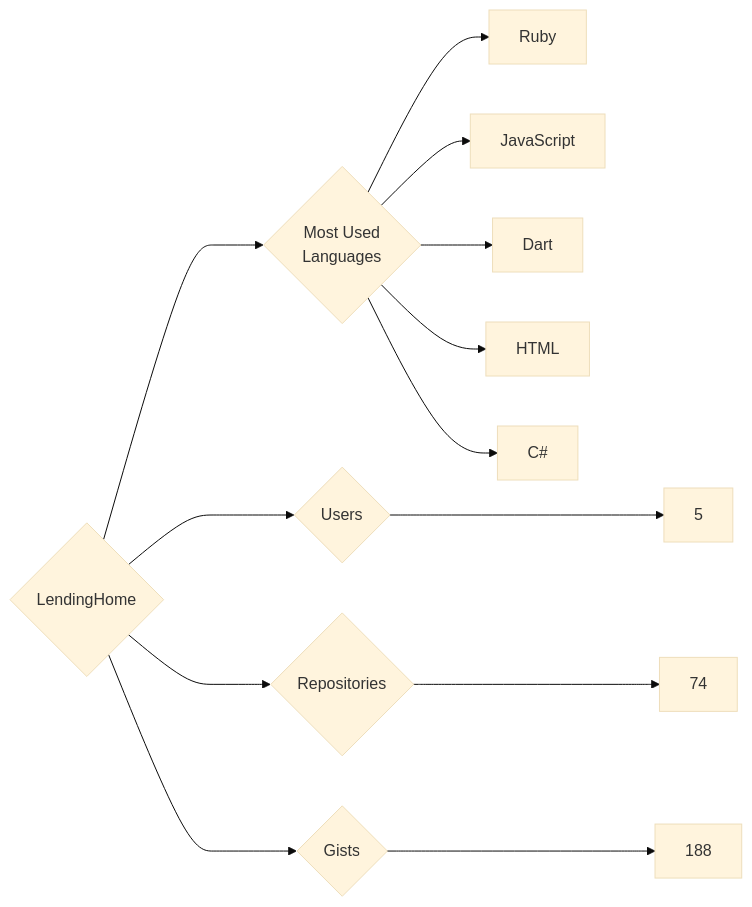
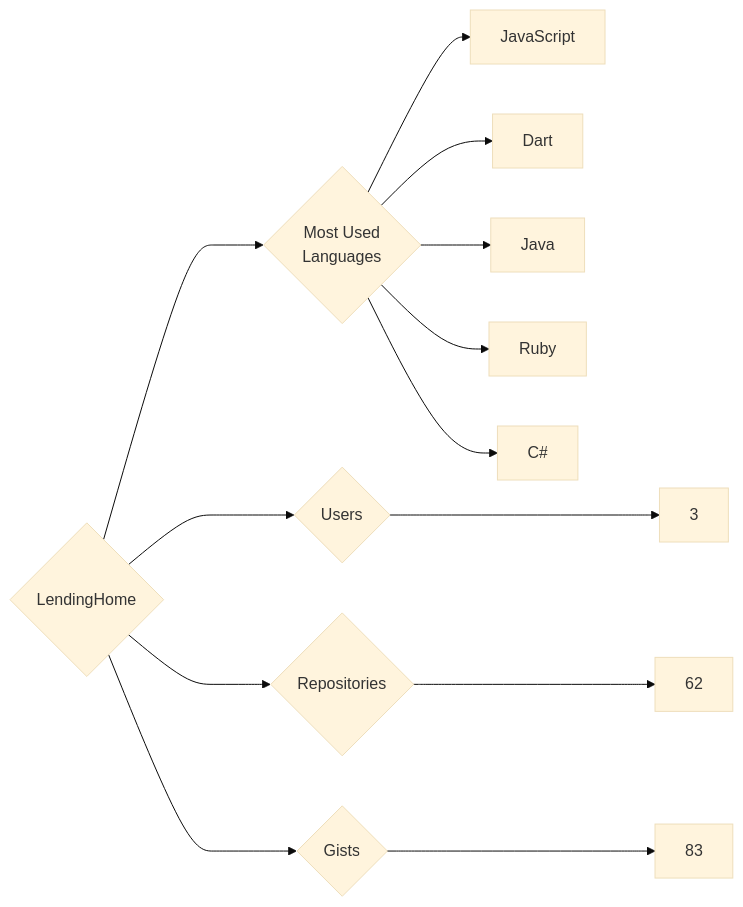
One commit to trickest/insiders changed the diagram in targets/LendingHome/README.md. Above: the diagram before and after it, drawn with Mermaid (base theme). The commit also changed 823 other files, not shown here.

````diff
--- a/targets/LendingHome/README.md
+++ b/targets/LendingHome/README.md
@@ -3,13 +3,13 @@
 ```mermaid
 graph LR
 COMPANY_NAME{LendingHome}
-COMPANY_NAME ---> U{Users} ---> UN[5]
-COMPANY_NAME ---> R{Repositories} ---> RN[74]
-COMPANY_NAME ---> G{Gists} ---> GN[188]
+COMPANY_NAME ---> U{Users} ---> UN[3]
+COMPANY_NAME ---> R{Repositories} ---> RN[62]
+COMPANY_NAME ---> G{Gists} ---> GN[83]
 COMPANY_NAME ---> ML{Most Used<br>Languages}
-ML --> Ruby[Ruby]
 ML --> JavaScript[JavaScript]
 ML --> Dart[Dart]
-ML --> HTML[HTML]
+ML --> Java[Java]
+ML --> Ruby[Ruby]
 ML --> C#[C#]
 ```
````
